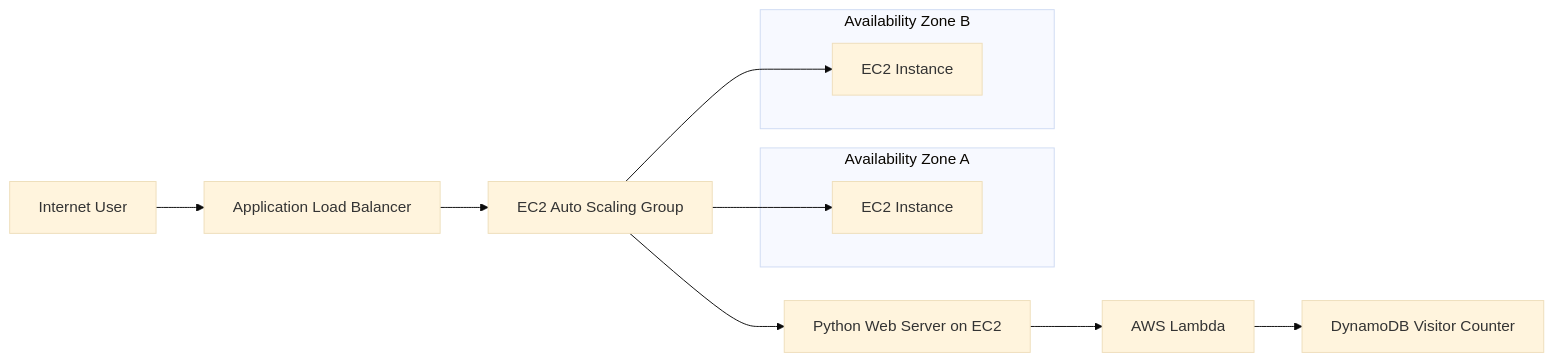
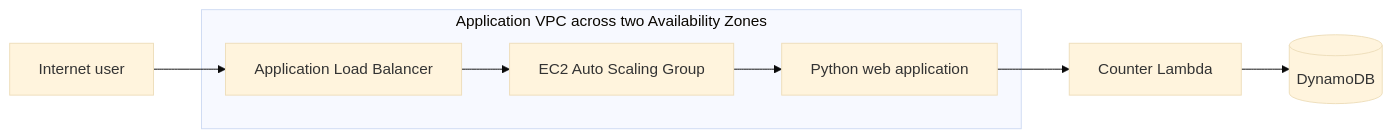
The diagram in README.md (atulkamble/aws-highly-available-webapp), drawn with Mermaid (base theme) before and after one commit. The commit also changed other lines of this file and 14 other files, not shown here.

````diff
--- a/README.md
+++ b/README.md
@@ -46,19 +9,14 @@
 ```mermaid
 flowchart LR
-    User[Internet User] --> ALB[Application Load Balancer]
+    User[Internet user] --> ALB[Application Load Balancer]
     ALB --> ASG[EC2 Auto Scaling Group]
-    ASG --> APP[Python Web Server on EC2]
-    APP --> LAMBDA[AWS Lambda]
-    LAMBDA --> DDB[DynamoDB Visitor Counter]
+    ASG --> Web[Python web application]
+    Web --> Lambda[Counter Lambda]
+    Lambda --> DDB[(DynamoDB)]
 
-    subgraph AZA[Availability Zone A]
-        EC2A[EC2 Instance]
+    subgraph VPC[Application VPC across two Availability Zones]
+        ALB
+        ASG
+        Web
     end
-
-    subgraph AZB[Availability Zone B]
-        EC2B[EC2 Instance]
-    end
-
-    ASG --> EC2A
-    ASG --> EC2B
 ```
````
